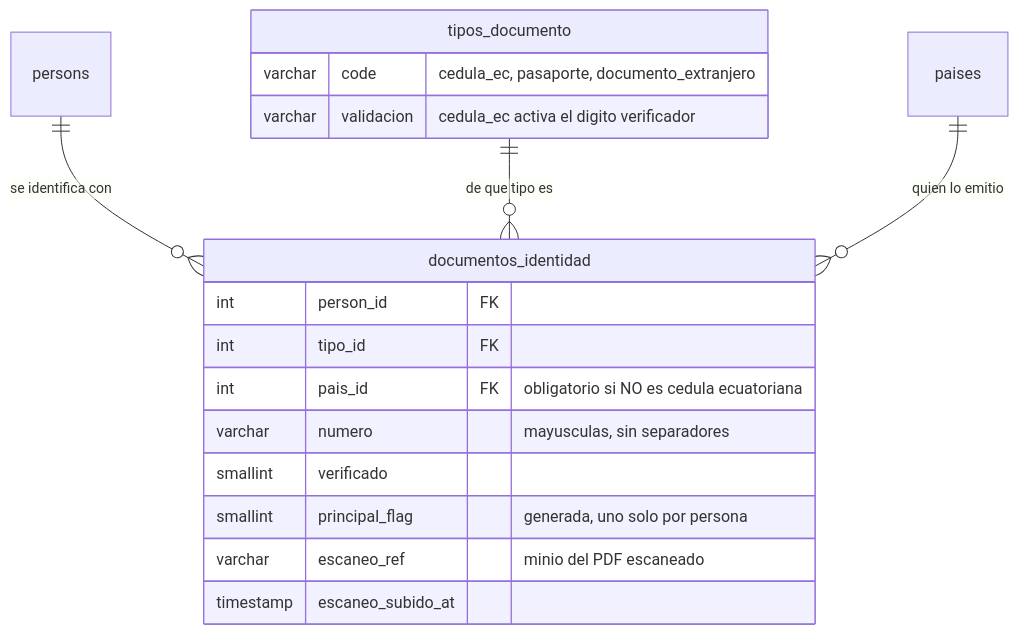
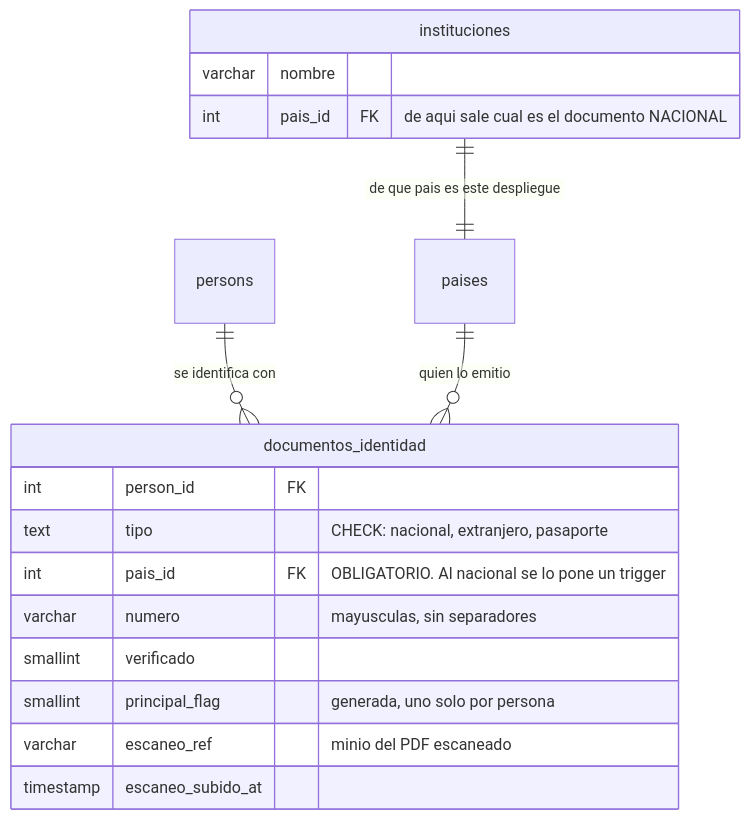
One commit to fresvel/deasy changed the first of 4 diagrams in docs/src/content/docs/modelo/organizacion.md. Above: the diagram before and after it, drawn with Mermaid. The commit also changed other lines of this file and 4 other files, not shown here.

````diff
--- a/docs/src/content/docs/modelo/organizacion.md
+++ b/docs/src/content/docs/modelo/organizacion.md
@@ -145,21 +182,21 @@
 ```mermaid
 erDiagram
   persons ||--o{ documentos_identidad : "se identifica con"
-  tipos_documento ||--o{ documentos_identidad : "de que tipo es"
   paises ||--o{ documentos_identidad : "quien lo emitio"
+  instituciones ||--|| paises : "de que pais es este despliegue"
 
   documentos_identidad {
     int person_id FK
-    int tipo_id FK
-    int pais_id FK "obligatorio si NO es cedula ecuatoriana"
+    text tipo "CHECK: nacional, extranjero, pasaporte"
+    int pais_id FK "OBLIGATORIO. Al nacional se lo pone un trigger"
     varchar numero "mayusculas, sin separadores"
     smallint verificado
     smallint principal_flag "generada, uno solo por persona"
     varchar escaneo_ref "minio del PDF escaneado"
     timestamp escaneo_subido_at
   }
-  tipos_documento {
-    varchar code "cedula_ec, pasaporte, documento_extranjero"
-    varchar validacion "cedula_ec activa el digito verificador"
+  instituciones {
+    varchar nombre
+    int pais_id FK "de aqui sale cual es el documento NACIONAL"
   }
 ```
````
